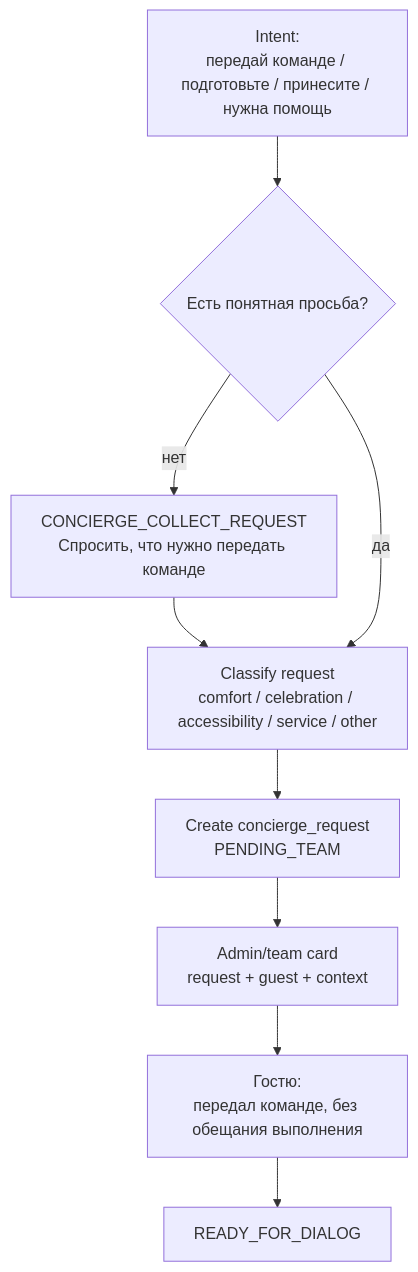
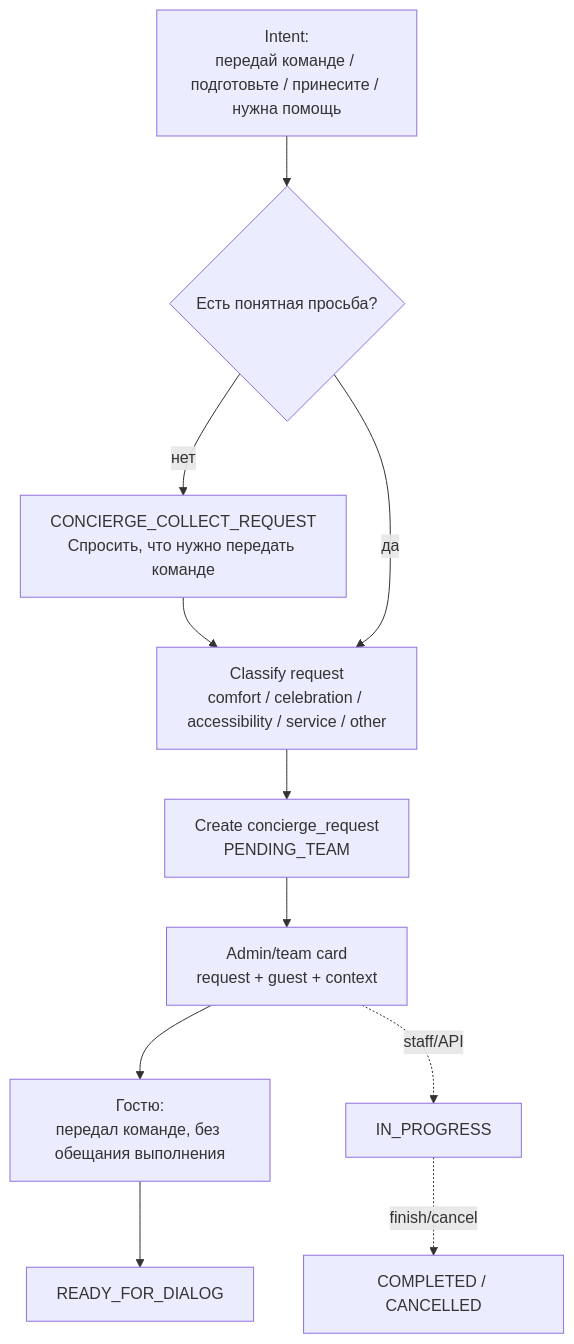
Before and after one commit to michaelwelly/Astor_Butler_MVP: diagram 18 of 21 in docs/FSM_SCENARIOS.md, drawn with Mermaid. The commit also changed other lines of this file and 93 other files, not shown here.

````diff
--- a/docs/FSM_SCENARIOS.md
+++ b/docs/FSM_SCENARIOS.md
@@ -833,11 +908,13 @@
 ```mermaid
 flowchart TD
     Start["Intent:<br/>передай команде / подготовьте / принесите / нужна помощь"] --> HasRequest{"Есть понятная просьба?"}
     HasRequest -- "нет" --> Ask["CONCIERGE_COLLECT_REQUEST<br/>Спросить, что нужно передать команде"]
     Ask --> Classify
     HasRequest -- "да" --> Classify["Classify request<br/>comfort / celebration / accessibility / service / other"]
     Classify --> Create["Create concierge_request<br/>PENDING_TEAM"]
     Create --> Admin["Admin/team card<br/>request + guest + context"]
     Admin --> Guest["Гостю:<br/>передал команде, без обещания выполнения"]
     Guest --> Home["READY_FOR_DIALOG"]
+    Admin -. "staff/API" .-> Work["IN_PROGRESS"]
+    Work -. "finish/cancel" .-> Final["COMPLETED / CANCELLED"]
 ```
````
